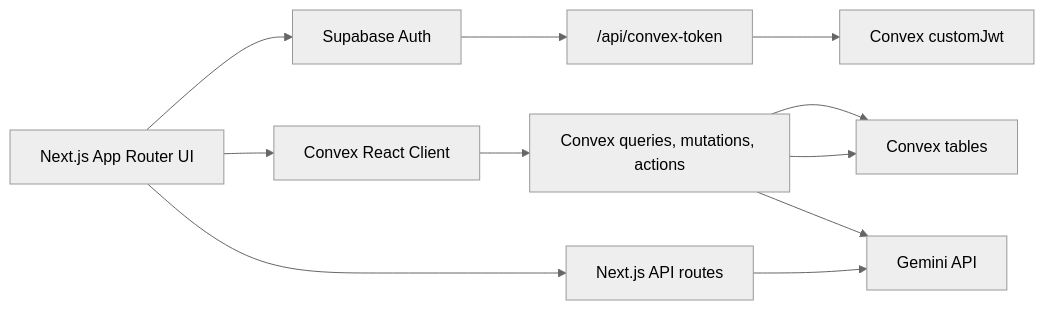
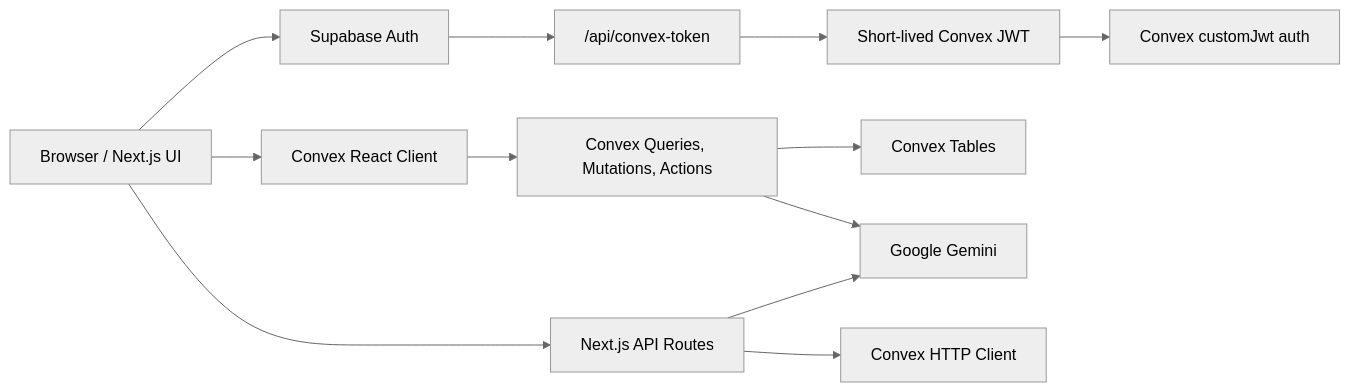
One commit to You2499/settleease changed the first of 3 diagrams in README.md. Above: the diagram before and after it, drawn with Mermaid (neutral theme). The commit also changed other lines of this file and 6 other files, not shown here.

````diff
--- a/README.md
+++ b/README.md
@@ -24,13 +57,16 @@
 ```mermaid
 flowchart LR
-  Browser["Next.js App Router UI"] --> Supabase["Supabase Auth"]
-  Browser --> ConvexClient["Convex React Client"]
+  Browser["Browser / Next.js UI"] --> Supabase["Supabase Auth"]
+  Browser --> ConvexReact["Convex React Client"]
+  Browser --> NextApi["Next.js API Routes"]
+
   Supabase --> TokenRoute["/api/convex-token"]
-  TokenRoute --> ConvexJwt["Convex customJwt"]
-  ConvexClient --> Convex["Convex queries, mutations, actions"]
-  Convex --> Tables["Convex tables"]
-  Browser --> ApiRoutes["Next.js API routes"]
-  ApiRoutes --> Gemini["Gemini API"]
-  Convex --> Gemini
-  Convex --> Tables
+  TokenRoute --> ConvexJwt["Short-lived Convex JWT"]
+  ConvexJwt --> ConvexAuth["Convex customJwt auth"]
+  ConvexReact --> Convex["Convex Queries, Mutations, Actions"]
+
+  Convex --> Tables["Convex Tables"]
+  Convex --> Gemini["Google Gemini"]
+  NextApi --> Gemini
+  NextApi --> ConvexHttp["Convex HTTP Client"]
 ```
````
